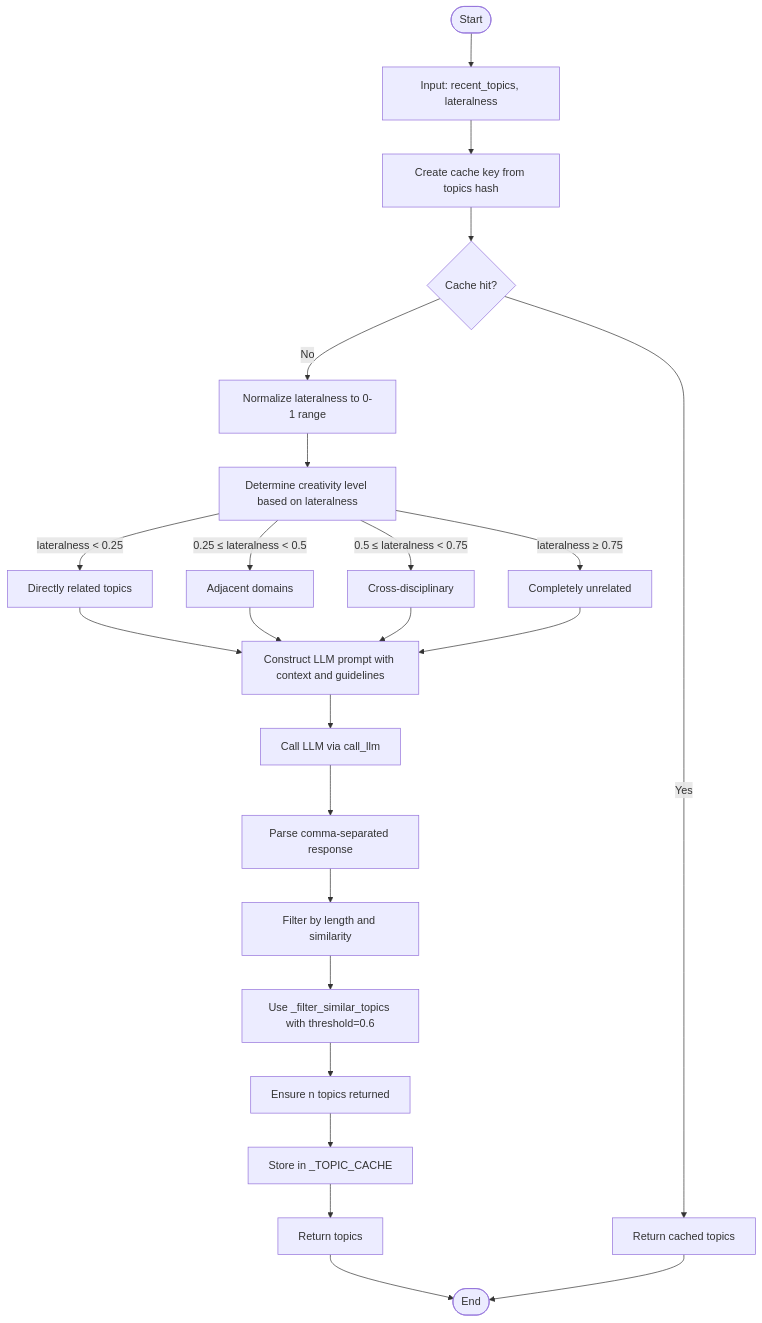
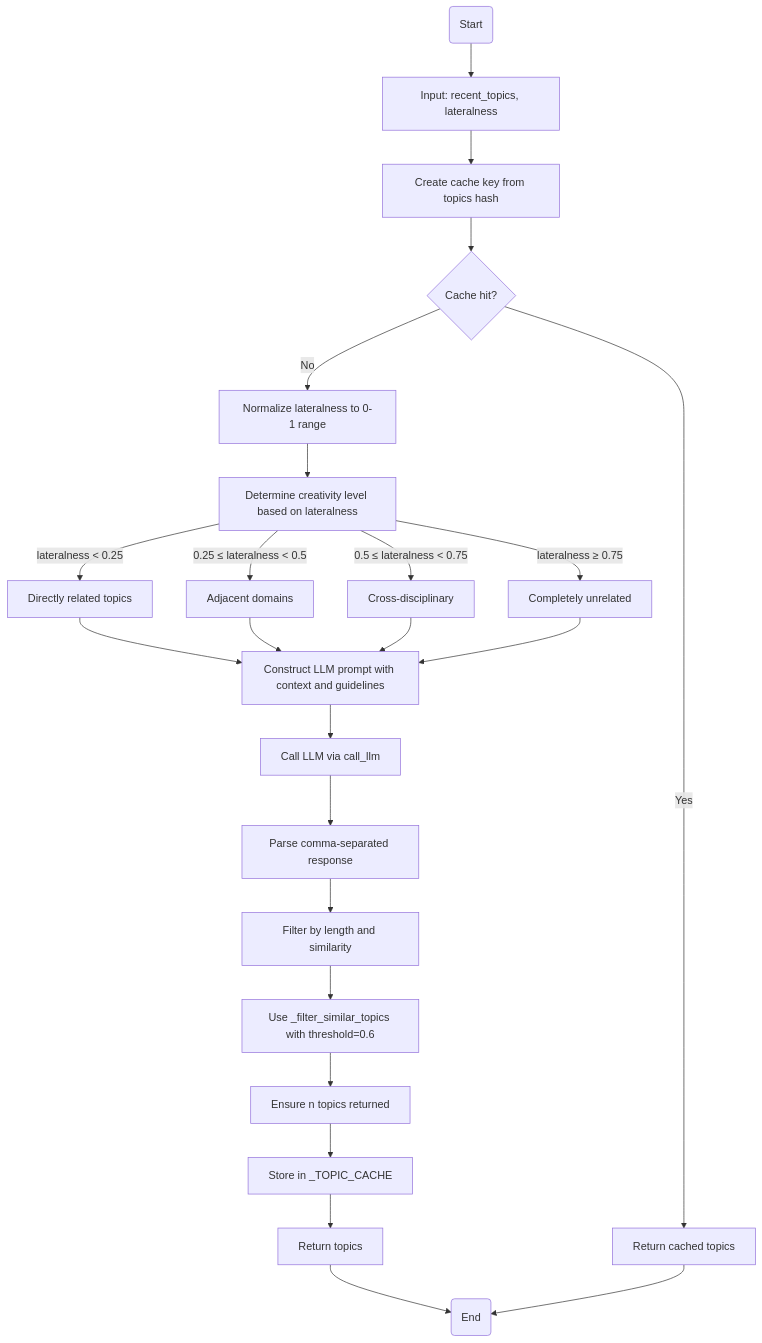
Before and after one commit to Likhithsai2580/RAVANA-WIKI: the third of 6 diagrams in docs/Specialized Modules/Curiosity Trigger.md, drawn with Mermaid. The commit also changed 31 other files, not shown here.

First line of the commit message:
Fix(docs): Correct Mermaid diagram syntax

````diff
--- a/docs/Specialized Modules/Curiosity Trigger.md
+++ b/docs/Specialized Modules/Curiosity Trigger.md
@@ -87,26 +87,26 @@
 ```mermaid
 flowchart TD
-Start([Start]) --> Input["Input: recent_topics, lateralness"]
+Start("Start") --> Input["Input: recent_topics, lateralness"]
 Input --> Hash["Create cache key from topics hash"]
 Hash --> CacheCheck{"Cache hit?"}
 CacheCheck --> |Yes| ReturnCached["Return cached topics"]
 CacheCheck --> |No| Normalize["Normalize lateralness to 0-1 range"]
 Normalize --> LevelCheck["Determine creativity level based on lateralness"]
 LevelCheck --> |lateralness < 0.25| Direct["Directly related topics"]
 LevelCheck --> |0.25 ≤ lateralness < 0.5| Adjacent["Adjacent domains"]
 LevelCheck --> |0.5 ≤ lateralness < 0.75| CrossDisciplinary["Cross-disciplinary"]
 LevelCheck --> |lateralness ≥ 0.75| Unrelated["Completely unrelated"]
 Direct --> Prompt
 Adjacent --> Prompt
 CrossDisciplinary --> Prompt
 Unrelated --> Prompt
 Prompt["Construct LLM prompt with context and guidelines"] --> LLMCall["Call LLM via call_llm"]
 LLMCall --> Parse["Parse comma-separated response"]
 Parse --> Filter["Filter by length and similarity"]
 Filter --> EmbeddingFilter["Use _filter_similar_topics with threshold=0.6"]
 EmbeddingFilter --> EnsureN["Ensure n topics returned"]
 EnsureN --> CacheStore["Store in _TOPIC_CACHE"]
 CacheStore --> Return["Return topics"]
-Return --> End([End])
+Return --> End("End")
 ReturnCached --> End
 ```
````
